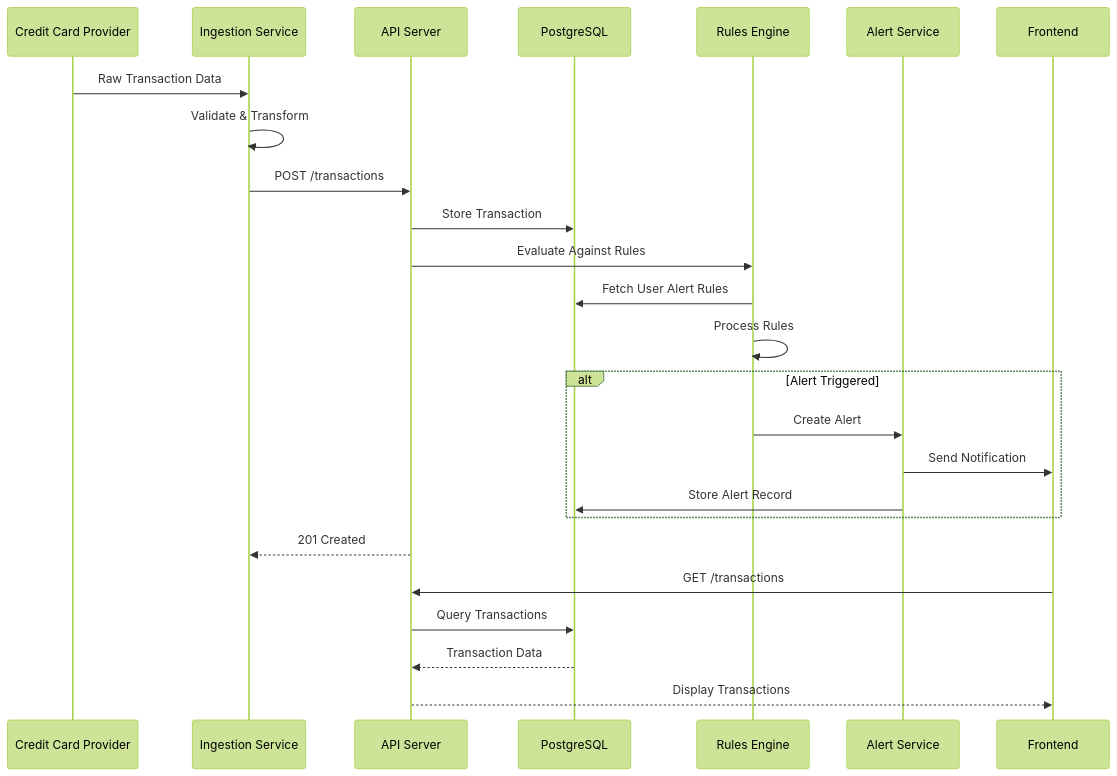
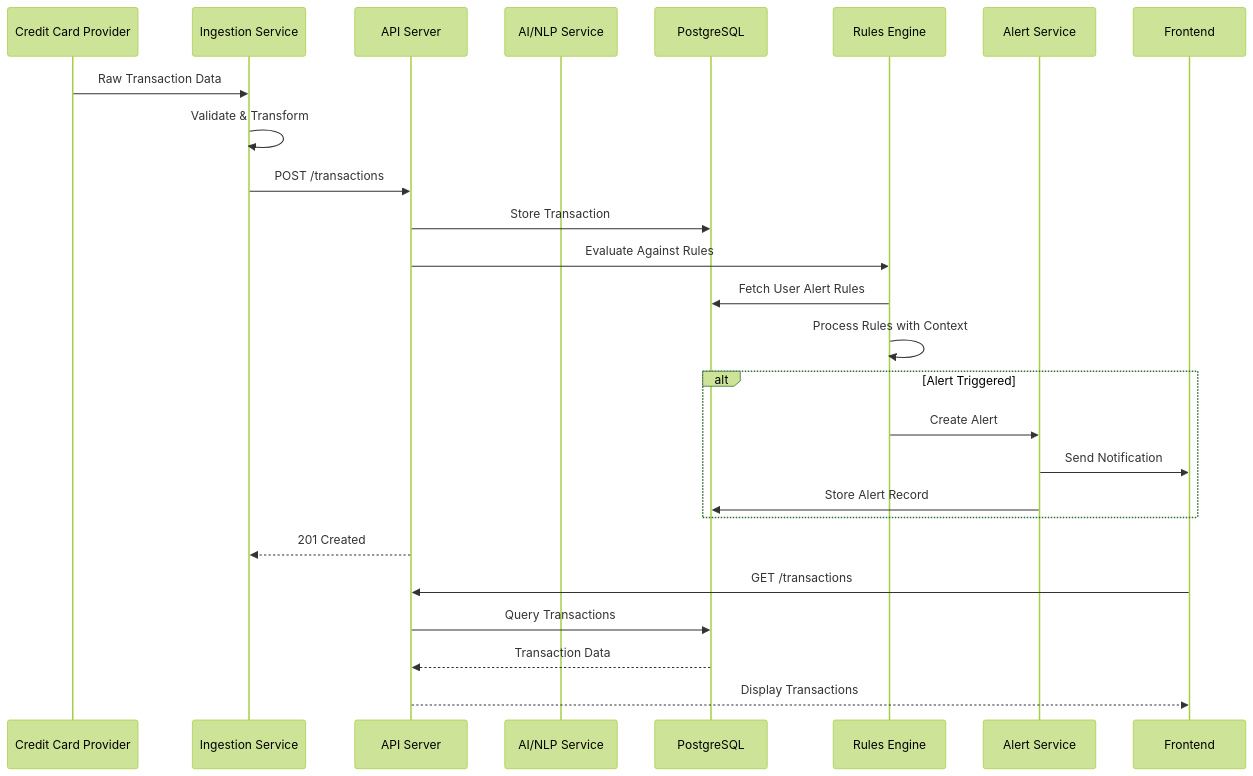
The second of 3 diagrams in docs/DEVELOPER_GUIDE.md (yashoza19/spending-transaction-monitor), drawn with Mermaid (forest theme) before and after one commit. The commit also changed other lines of this file and 2 other files, not shown here.

````diff
--- a/docs/DEVELOPER_GUIDE.md
+++ b/docs/DEVELOPER_GUIDE.md
@@ -321,30 +423,31 @@
 ```mermaid
 sequenceDiagram
     participant Bank as Credit Card Provider
     participant Ingest as Ingestion Service  
     participant API as API Server
+    participant AI as AI/NLP Service
     participant DB as PostgreSQL
     participant Rules as Rules Engine
     participant Alerts as Alert Service
     participant User as Frontend
 
     Bank->>Ingest: Raw Transaction Data
     Ingest->>Ingest: Validate & Transform
     Ingest->>API: POST /transactions
     API->>DB: Store Transaction
     API->>Rules: Evaluate Against Rules
     Rules->>DB: Fetch User Alert Rules
-    Rules->>Rules: Process Rules
+    Rules->>Rules: Process Rules with Context
     
     alt Alert Triggered
         Rules->>Alerts: Create Alert
         Alerts->>User: Send Notification
         Alerts->>DB: Store Alert Record
     end
     
     API-->>Ingest: 201 Created
     User->>API: GET /transactions
     API->>DB: Query Transactions  
     DB-->>API: Transaction Data
     API-->>User: Display Transactions
 ```
````
